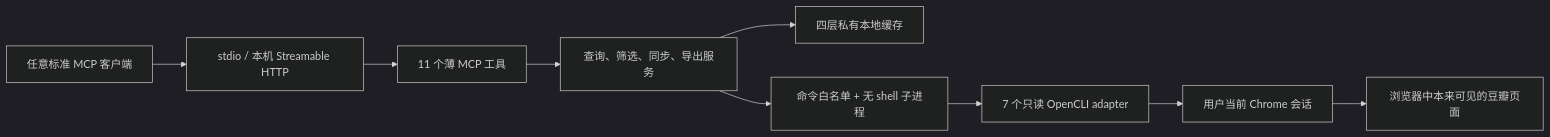
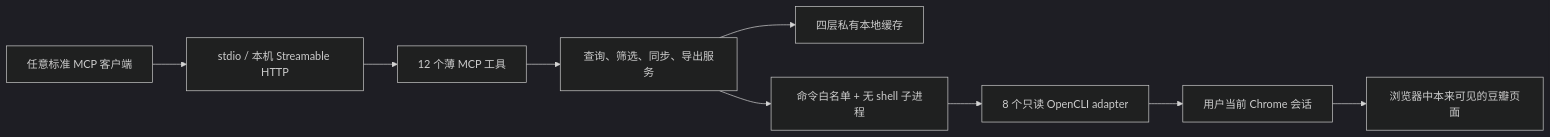
Before and after one commit to moonlin1213/cove-douban-mcp: the diagram in README.md, drawn with Mermaid (dark theme). The commit also changed other lines of this file and 31 other files, not shown here.

Commit message:
feat: add fixed read-only Douban charts

````diff
--- a/README.md
+++ b/README.md
@@ -48,11 +50,11 @@
 ```mermaid
 flowchart LR
     Client["任意标准 MCP 客户端"] --> Transport["stdio / 本机 Streamable HTTP"]
-    Transport --> Tools["11 个薄 MCP 工具"]
+    Transport --> Tools["12 个薄 MCP 工具"]
     Tools --> Services["查询、筛选、同步、导出服务"]
     Services --> Cache["四层私有本地缓存"]
     Services --> Gateway["命令白名单 + 无 shell 子进程"]
-    Gateway --> OpenCLI["7 个只读 OpenCLI adapter"]
+    Gateway --> OpenCLI["8 个只读 OpenCLI adapter"]
     OpenCLI --> Chrome["用户当前 Chrome 会话"]
     Chrome --> Douban["浏览器中本来可见的豆瓣页面"]
 ```
````
